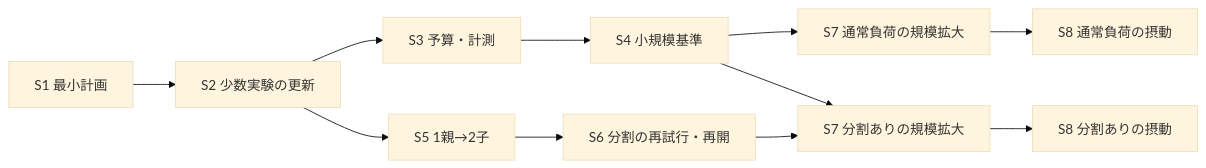
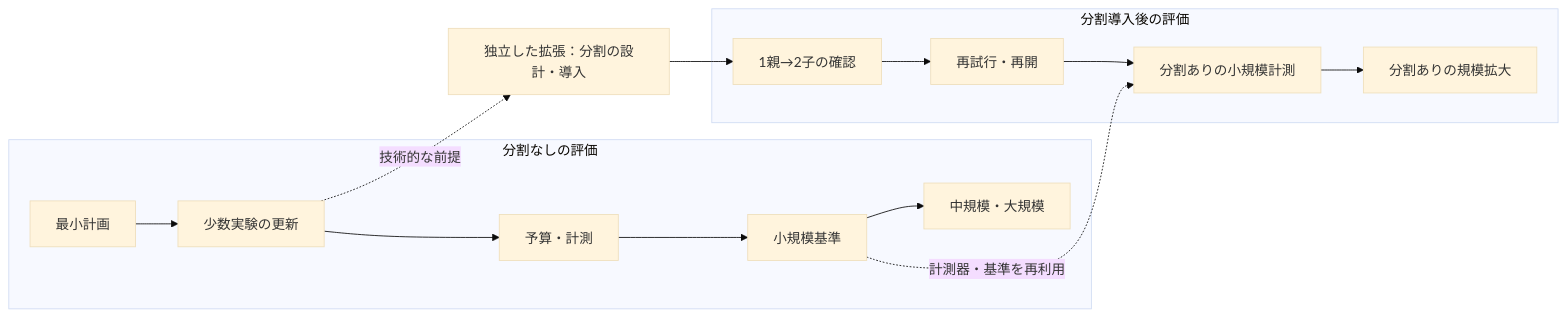
Before and after one commit to bioinfo-tsukuba/GEMS-python: the second of 2 diagrams in docs/scheduling_capacity_and_experimental_split_2026-10-29.md, drawn with Mermaid (base theme). The commit also changed other lines of this file, not shown here.

````diff
--- a/docs/scheduling_capacity_and_experimental_split_2026-10-29.md
+++ b/docs/scheduling_capacity_and_experimental_split_2026-10-29.md
@@ -393,13 +419,17 @@
 ```mermaid
 flowchart LR
-    S1["S1 最小計画"] --> S2["S2 少数実験の更新"]
-    S2 --> S3["S3 予算・計測"]
-    S3 --> S4["S4 小規模基準"]
-    S4 --> N["S7 通常負荷の規模拡大"]
-    S2 --> S5["S5 1親→2子"]
-    S5 --> S6["S6 分割の再試行・再開"]
-    S4 --> F["S7 分割ありの規模拡大"]
-    S6 --> F
-    N --> RN["S8 通常負荷の摂動"]
-    F --> RF["S8 分割ありの摂動"]
+    subgraph A["分割なしの評価"]
+        A1["最小計画"] --> A2["少数実験の更新"]
+        A2 --> A3["予算・計測"]
+        A3 --> A4["小規模基準"]
+        A4 --> A5["中規模・大規模"]
+    end
+    A2 -. "技術的な前提" .-> X["独立した拡張：分割の設計・導入"]
+    subgraph B["分割導入後の評価"]
+        B1["1親→2子の確認"] --> B2["再試行・再開"]
+        B2 --> B3["分割ありの小規模計測"]
+        B3 --> B4["分割ありの規模拡大"]
+    end
+    X --> B1
+    A4 -. "計測器・基準を再利用" .-> B3
 ```
````
